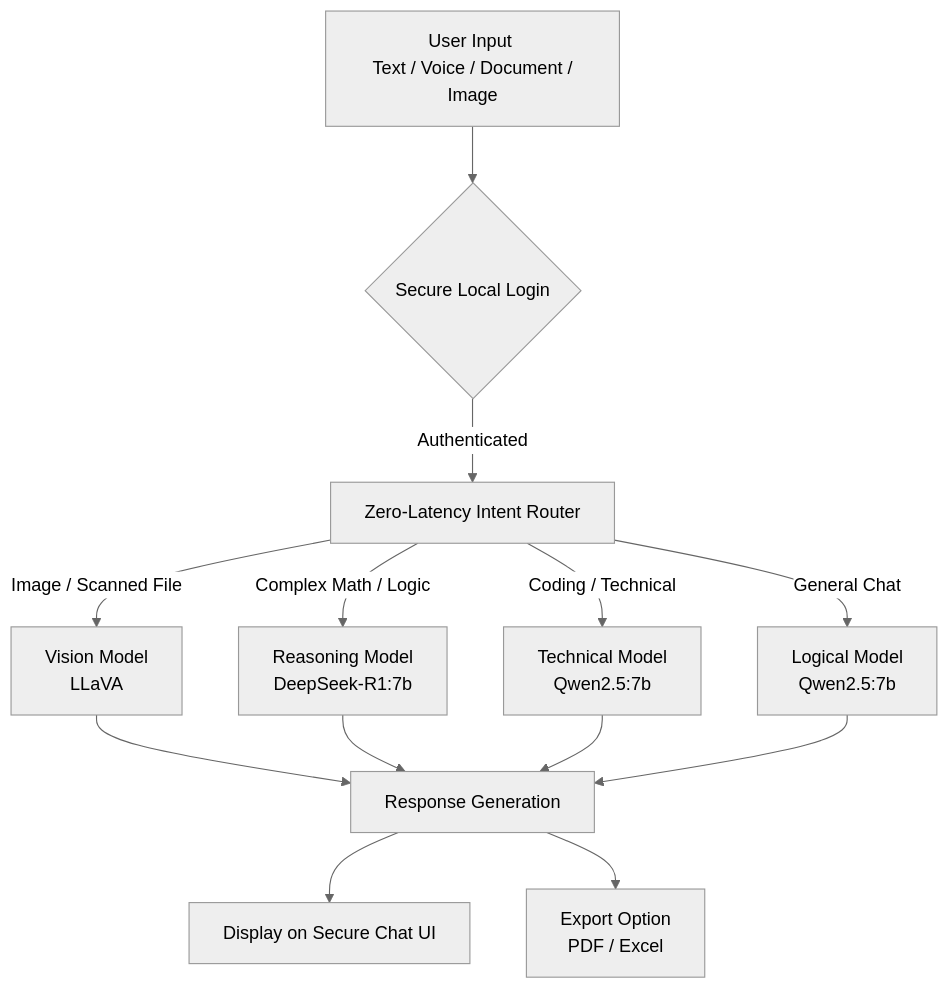
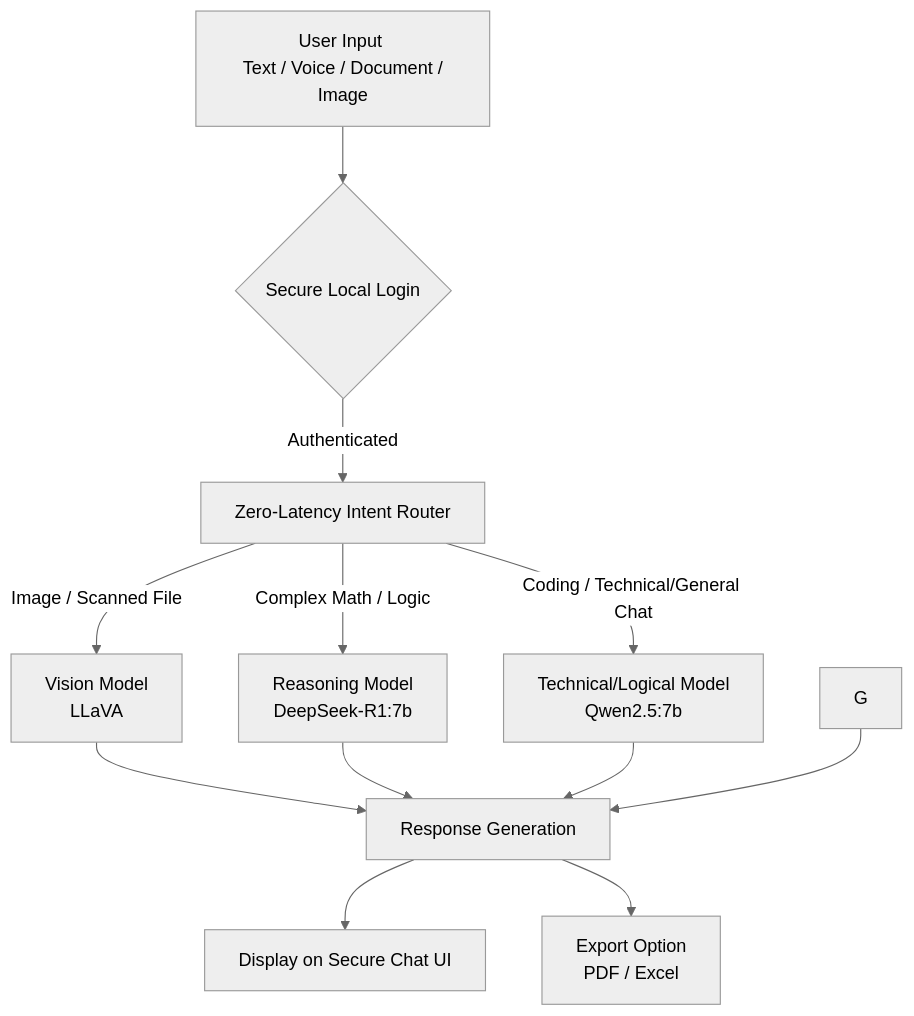
Before and after one commit to gaurav9977777/SOVARA: the diagram in README.md, drawn with Mermaid (neutral theme).

Commit message:
third commit

````diff
--- a/README.md
+++ b/README.md
@@ -18,18 +18,17 @@
 ```mermaid
 graph TD
     A[User Input <br/> Text / Voice / Document / Image] --> B{Secure Local Login}
     B -->|Authenticated| C[Zero-Latency Intent Router]
     
     C -->|Image / Scanned File| D[Vision Model <br/> LLaVA]
     C -->|Complex Math / Logic| E[Reasoning Model <br/> DeepSeek-R1:7b]
-    C -->|Coding / Technical| F[Technical Model <br/> Qwen2.5:7b]
-    C -->|General Chat| G[Logical Model <br/> Qwen2.5:7b]
+    C -->|Coding / Technical/General Chat| F[Technical/Logical Model <br/> Qwen2.5:7b]
     
     D --> H[Response Generation]
     E --> H
     F --> H
     G --> H
     
     H --> I[Display on Secure Chat UI]
     H --> J[Export Option <br/> PDF / Excel]
 ```
````
